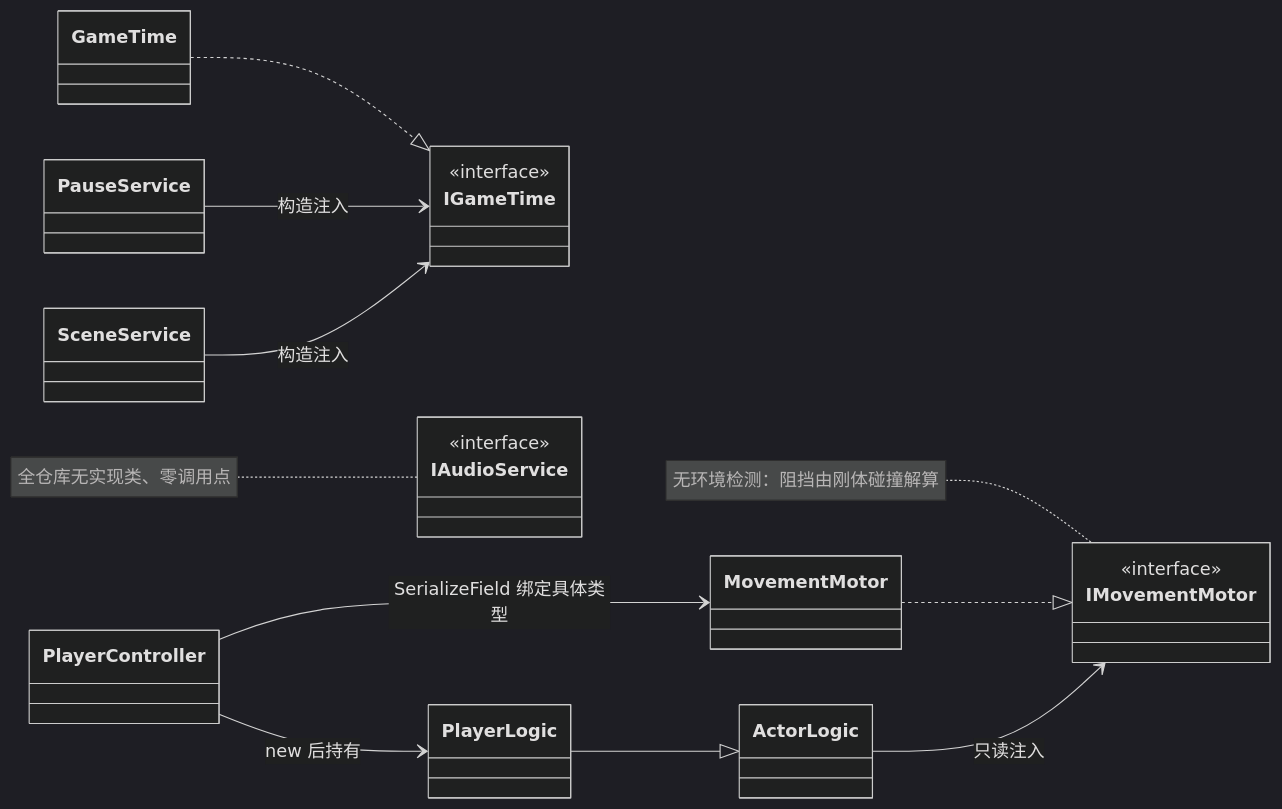
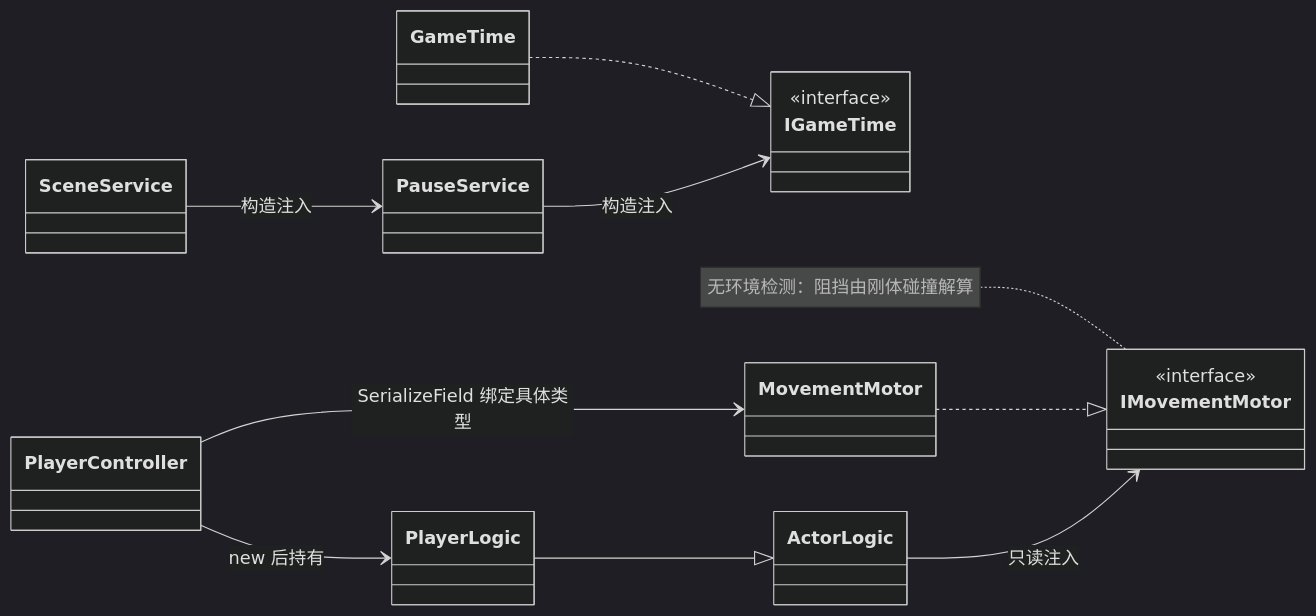
One commit to 5FYZhou/deepseaoil changed the fifth of 16 diagrams in Docs/框架设计/架构图集.md. Above: the diagram before and after it, drawn with Mermaid (dark theme). The commit also changed other lines of this file and 45 other files, not shown here.

````diff
--- a/Docs/框架设计/架构图集.md
+++ b/Docs/框架设计/架构图集.md
@@ -242,30 +242,26 @@
 ```mermaid
 classDiagram
   direction LR
   class IMovementMotor {
     <<interface>>
   }
   class IGameTime {
-    <<interface>>
-  }
-  class IAudioService {
     <<interface>>
   }
   class MovementMotor
   class GameTime
   class ActorLogic
   class PlayerLogic
   class PlayerController
   class PauseService
   class SceneService
   MovementMotor ..|> IMovementMotor
   GameTime ..|> IGameTime
   PlayerLogic --|> ActorLogic
   ActorLogic --> IMovementMotor : 只读注入
   PlayerController --> MovementMotor : SerializeField 绑定具体类型
   PlayerController --> PlayerLogic : new 后持有
   PauseService --> IGameTime : 构造注入
-  SceneService --> IGameTime : 构造注入
-  note for IAudioService "全仓库无实现类、零调用点"
+  SceneService --> PauseService : 构造注入
   note for IMovementMotor "无环境检测：阻挡由刚体碰撞解算"
 ```
````
